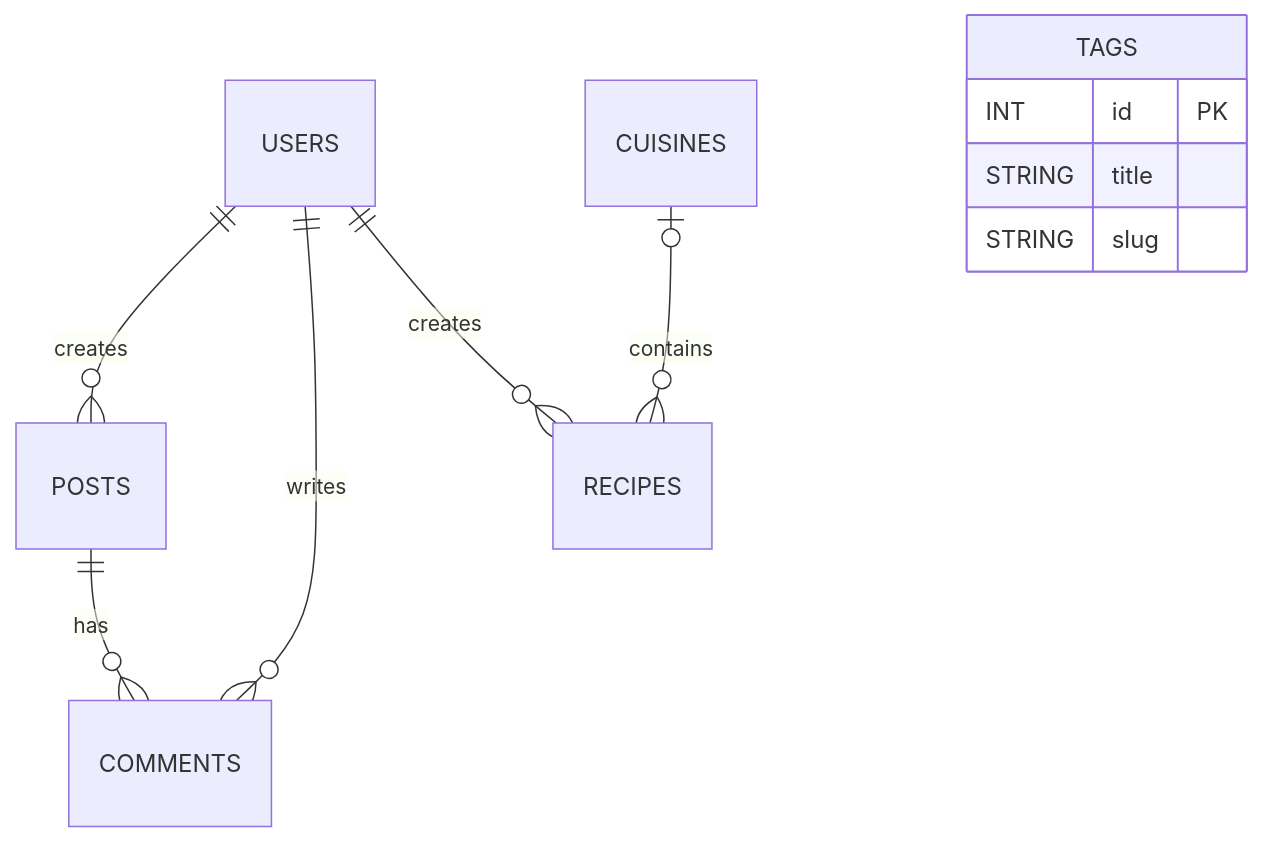
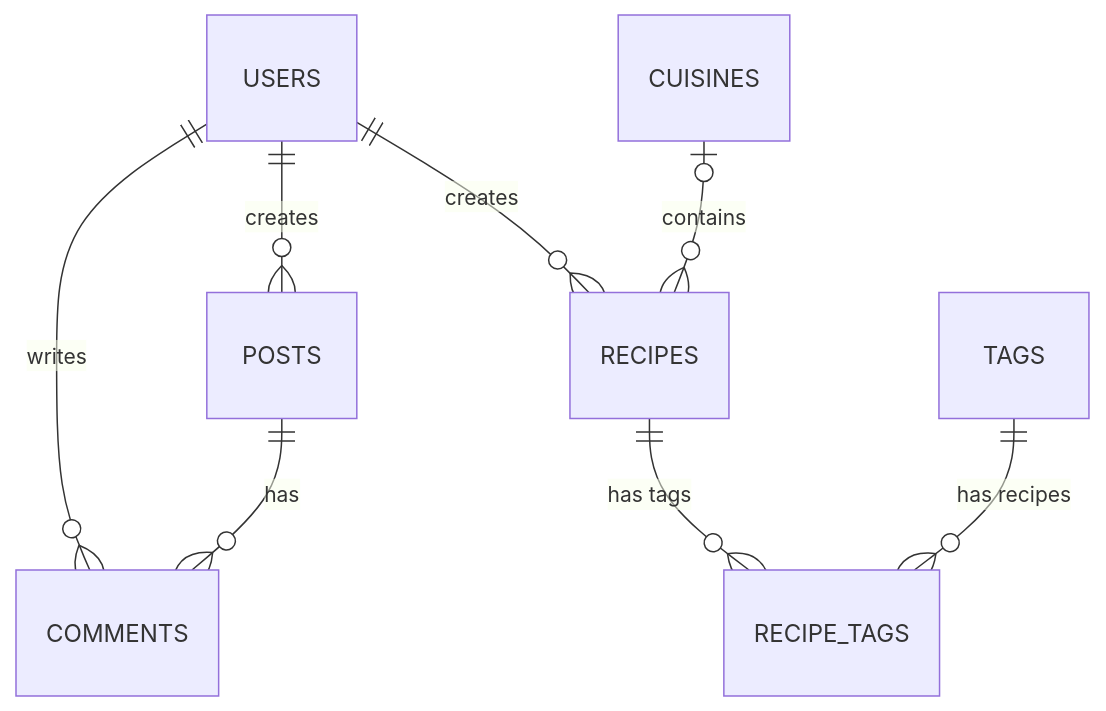
One commit to ArtemKutsan/recipes-backend changed the first of 2 diagrams in README.md. Above: the diagram before and after it, drawn with Mermaid. The commit also changed other lines of this file and 3 other files, not shown here.

Commit message:
feat: добавил миграцию и связь recipes с tags через recipe_tags

````diff
--- a/README.md
+++ b/README.md
@@ -366,13 +367,10 @@
 ```mermaid
 erDiagram
   USERS ||--o{ POSTS : "creates"
   USERS ||--o{ COMMENTS : "writes"
   USERS ||--o{ RECIPES : "creates"
   POSTS ||--o{ COMMENTS : "has"
   CUISINES |o--o{ RECIPES : "contains"
-  TAGS {
-    INT id PK
-    STRING title
-    STRING slug
-  }
+  RECIPES ||--o{ RECIPE_TAGS : "has tags"
+  TAGS ||--o{ RECIPE_TAGS : "has recipes"
 ```
````
